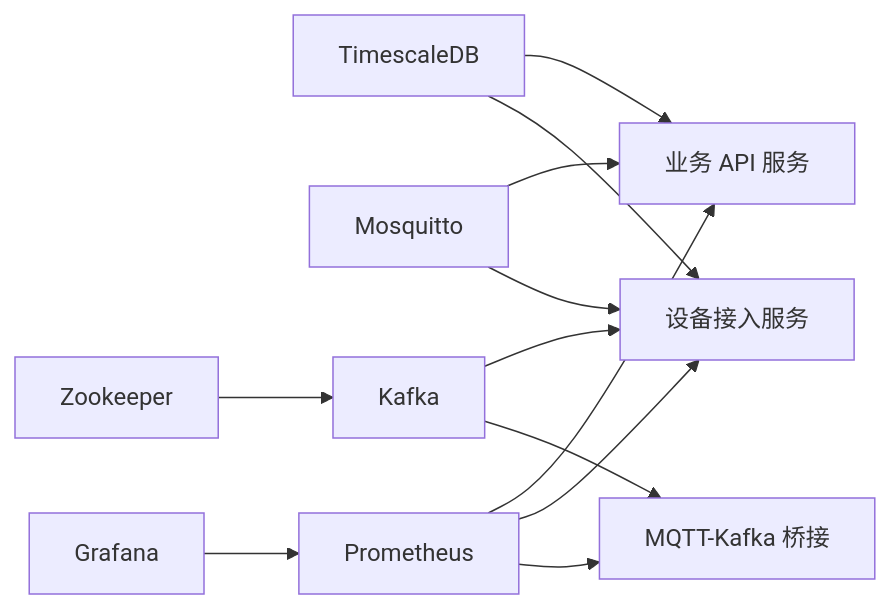
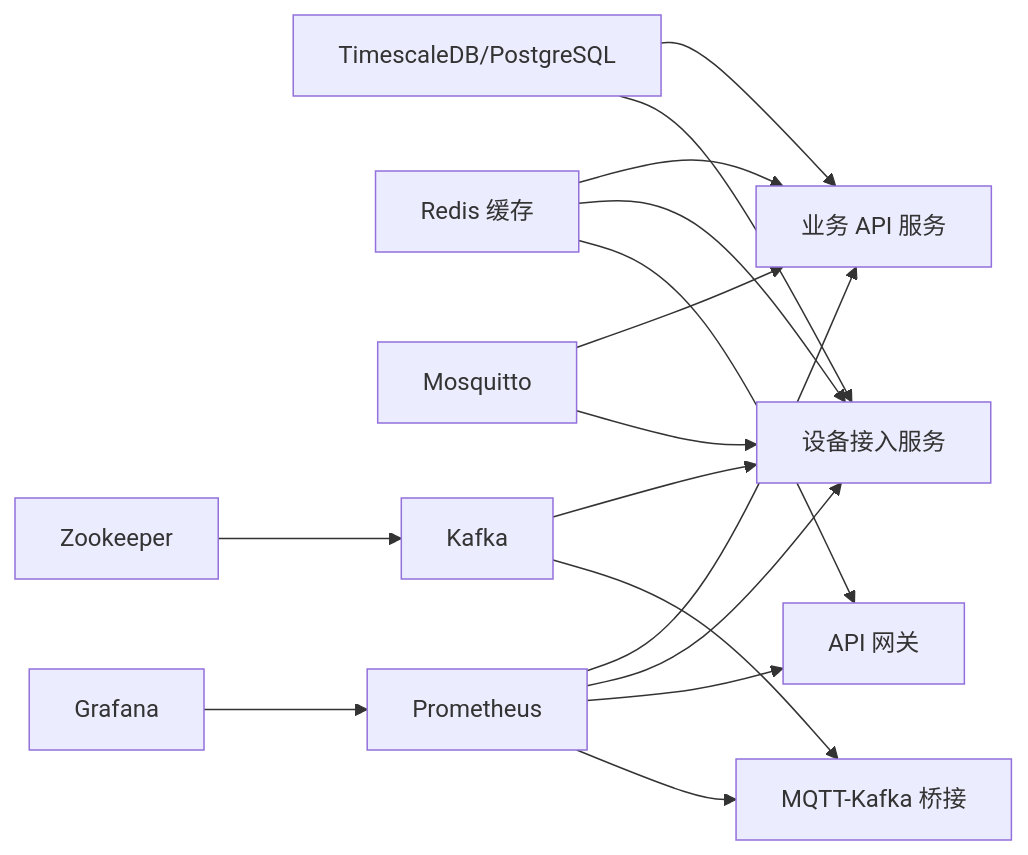
Before and after one commit to mcmrzy/cs_inv_monitor-develop: the third of 3 diagrams in .qoder/repowiki/zh/content/部署与运维/容器化部署.md, drawn with Mermaid. The commit also changed other lines of this file and 88 other files, not shown here.

````diff
--- a/.qoder/repowiki/zh/content/部署与运维/容器化部署.md
+++ b/.qoder/repowiki/zh/content/部署与运维/容器化部署.md
@@ -327,14 +436,18 @@
 ```mermaid
 graph LR
-DB["TimescaleDB"] --> API["业务 API 服务"]
+DB["TimescaleDB/PostgreSQL"] --> API["业务 API 服务"]
 DB --> DEV["设备接入服务"]
+REDIS["Redis 缓存"] --> API
+REDIS --> DEV
+REDIS --> GW["API 网关"]
 MOSQ["Mosquitto"] --> API
 MOSQ --> DEV
 KAFKA["Kafka"] --> DEV
 KAFKA --> BRIDGE["MQTT-Kafka 桥接"]
 ZK["Zookeeper"] --> KAFKA
 PROM["Prometheus"] --> API
 PROM --> DEV
+PROM --> GW
 PROM --> BRIDGE
 GRAF["Grafana"] --> PROM
 ```
````
